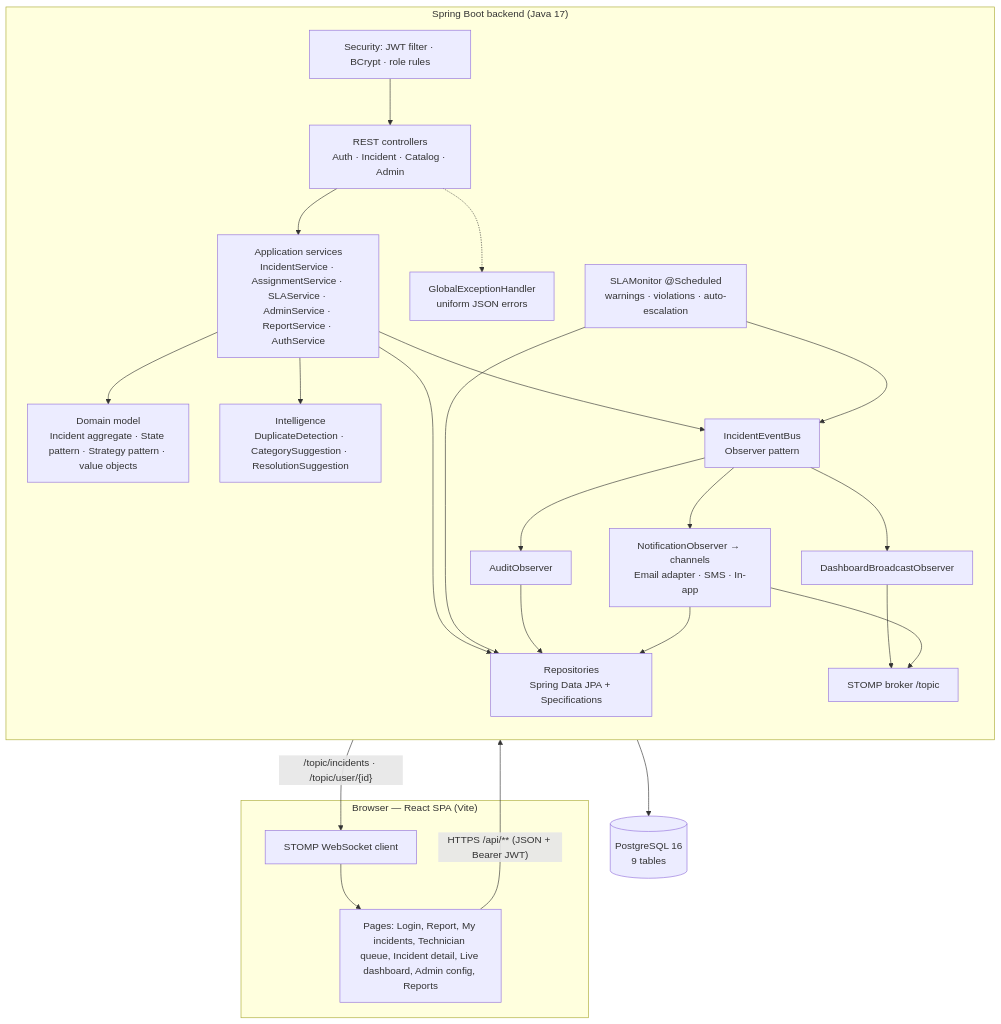
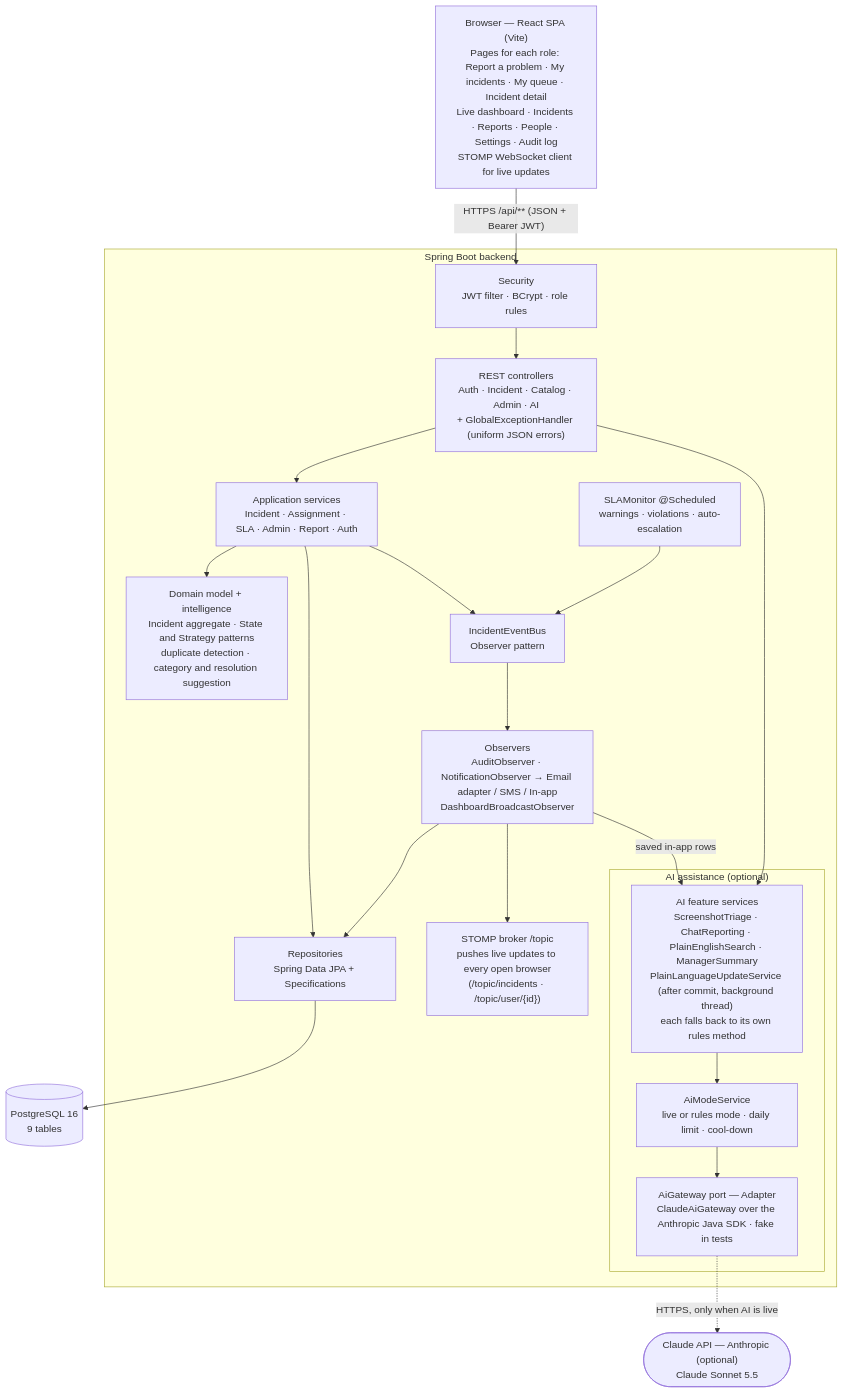
The diagram in docs/diagrams/architecture.mmd (DEVilish770/i-itsm), drawn with Mermaid before and after one commit. The commit also changed 115 other files, not shown here.

First line of the commit message:
Add Claude AI assistance, premium redesign, updated report and demo scripts

```diff
--- a/docs/diagrams/architecture.mmd
+++ b/docs/diagrams/architecture.mmd
@@ -1,35 +1,32 @@
 flowchart TB
-  subgraph Client["Browser — React SPA (Vite)"]
-    UI[Pages: Login, Report, My incidents, Technician queue, Incident detail, Live dashboard, Admin config, Reports]
-    WSC[STOMP WebSocket client]
+  UI["Browser — React SPA (Vite)\nPages for each role: Report a problem · My incidents · My queue · Incident detail\nLive dashboard · Incidents · Reports · People · Settings · Audit log\nSTOMP WebSocket client for live updates"]
+  subgraph Backend["Spring Boot backend"]
+    SEC["Security\nJWT filter · BCrypt · role rules"]
+    CTRL["REST controllers\nAuth · Incident · Catalog · Admin · AI\n+ GlobalExceptionHandler (uniform JSON errors)"]
+    SVC["Application services\nIncident · Assignment · SLA · Admin · Report · Auth"]
+    DOM["Domain model + intelligence\nIncident aggregate · State and Strategy patterns\nduplicate detection · category and resolution suggestion"]
+    MON["SLAMonitor @Scheduled\nwarnings · violations · auto-escalation"]
+    BUS["IncidentEventBus\nObserver pattern"]
+    OBS["Observers\nAuditObserver · NotificationObserver → Email adapter / SMS / In-app\nDashboardBroadcastObserver"]
+    REPO["Repositories\nSpring Data JPA + Specifications"]
+    WSB["STOMP broker /topic\npushes live updates to every open browser\n(/topic/incidents · /topic/user/{id})"]
+    subgraph AI["AI assistance (optional)"]
+      AIF["AI feature services\nScreenshotTriage · ChatReporting · PlainEnglishSearch · ManagerSummary\nPlainLanguageUpdateService (after commit, background thread)\neach falls back to its own rules method"]
+      AIS["AiModeService\nlive or rules mode · daily limit · cool-down"]
+      GW["AiGateway port — Adapter\nClaudeAiGateway over the Anthropic Java SDK · fake in tests"]
+    end
   end
-  subgraph Backend["Spring Boot backend (Java 17)"]
-    direction TB
-    SEC[Security: JWT filter · BCrypt · role rules]
-    CTRL[REST controllers\nAuth · Incident · Catalog · Admin]
-    GEH[GlobalExceptionHandler\nuniform JSON errors]
-    SVC[Application services\nIncidentService · AssignmentService · SLAService · AdminService · ReportService · AuthService]
-    DOM[Domain model\nIncident aggregate · State pattern · Strategy pattern · value objects]
-    INT[Intelligence\nDuplicateDetection · CategorySuggestion · ResolutionSuggestion]
-    BUS[IncidentEventBus\nObserver pattern]
-    OBS1[AuditObserver]
-    OBS2[NotificationObserver → channels\nEmail adapter · SMS · In-app]
-    OBS3[DashboardBroadcastObserver]
-    MON[SLAMonitor @Scheduled\nwarnings · violations · auto-escalation]
-    REPO[Repositories\nSpring Data JPA + Specifications]
-    WSB[STOMP broker /topic]
-  end
-  DB[(PostgreSQL 16\n9 tables)]
+  DB[("PostgreSQL 16\n9 tables")]
+  CLAUDE(["Claude API — Anthropic (optional)\nClaude Sonnet 5.5"])
   UI -- "HTTPS /api/** (JSON + Bearer JWT)" --> SEC --> CTRL --> SVC
-  CTRL -.-> GEH
   SVC --> DOM
-  SVC --> INT
   SVC --> REPO --> DB
   SVC --> BUS
-  MON --> REPO
   MON --> BUS
-  BUS --> OBS1 --> REPO
-  BUS --> OBS2 --> REPO
-  BUS --> OBS3 --> WSB
-  OBS2 --> WSB
-  WSB -- "/topic/incidents · /topic/user/{id}" --> WSC --> UI
+  BUS --> OBS
+  OBS --> REPO
+  OBS --> WSB
+  CTRL --> AIF
+  OBS -- "saved in-app rows" --> AIF
+  AIF --> AIS --> GW
+  GW -.->|"HTTPS, only when AI is live"| CLAUDE
```
